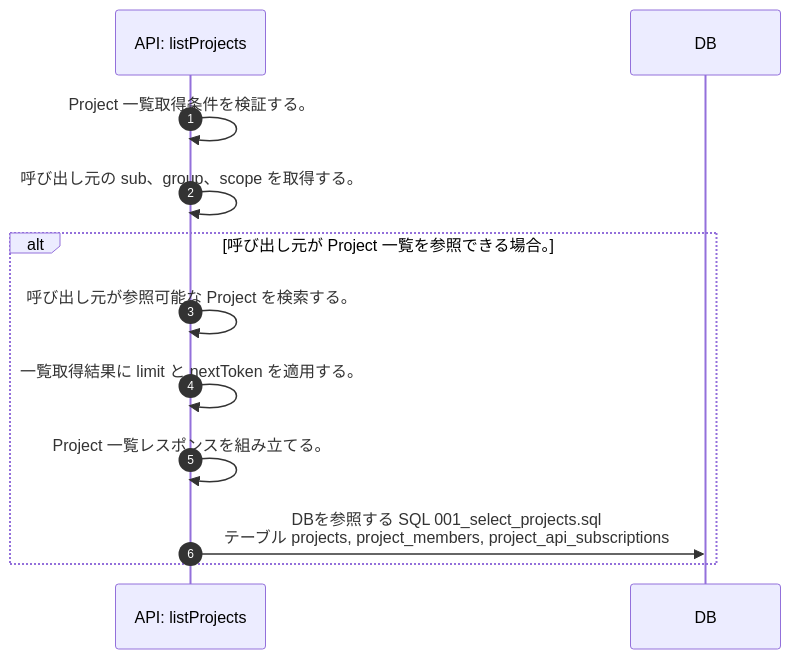
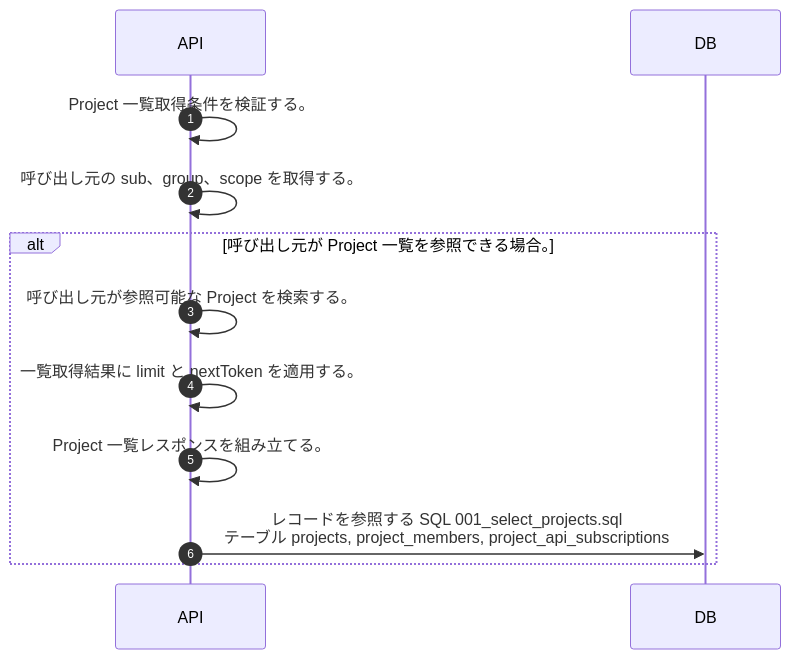
One commit to tsuji-tomonori/lazunex changed the diagram in docs/spec/40.apis/projects/list_projects/sequence_gen.md. Above: the diagram before and after it, drawn with Mermaid. The commit also changed 15 other files, not shown here.

First line of the commit message:
🐛 fix(api): sequenceのAPI名とDB操作表現を修正

````diff
--- a/docs/spec/40.apis/projects/list_projects/sequence_gen.md
+++ b/docs/spec/40.apis/projects/list_projects/sequence_gen.md
@@ -5,14 +5,14 @@
 ```mermaid
 sequenceDiagram
   autonumber
-  participant API as API: listProjects
+  participant API as API
   participant DB as DB
   API->>API: Project 一覧取得条件を検証する。
   API->>API: 呼び出し元の sub、group、scope を取得する。
   alt 呼び出し元が Project 一覧を参照できる場合。
     API->>API: 呼び出し元が参照可能な Project を検索する。
     API->>API: 一覧取得結果に limit と nextToken を適用する。
     API->>API: Project 一覧レスポンスを組み立てる。
-    API->>DB: DBを参照する SQL 001_select_projects.sql<br/>テーブル projects, project_members, project_api_subscriptions
+    API->>DB: レコードを参照する SQL 001_select_projects.sql<br/>テーブル projects, project_members, project_api_subscriptions
   end
 ```
````
